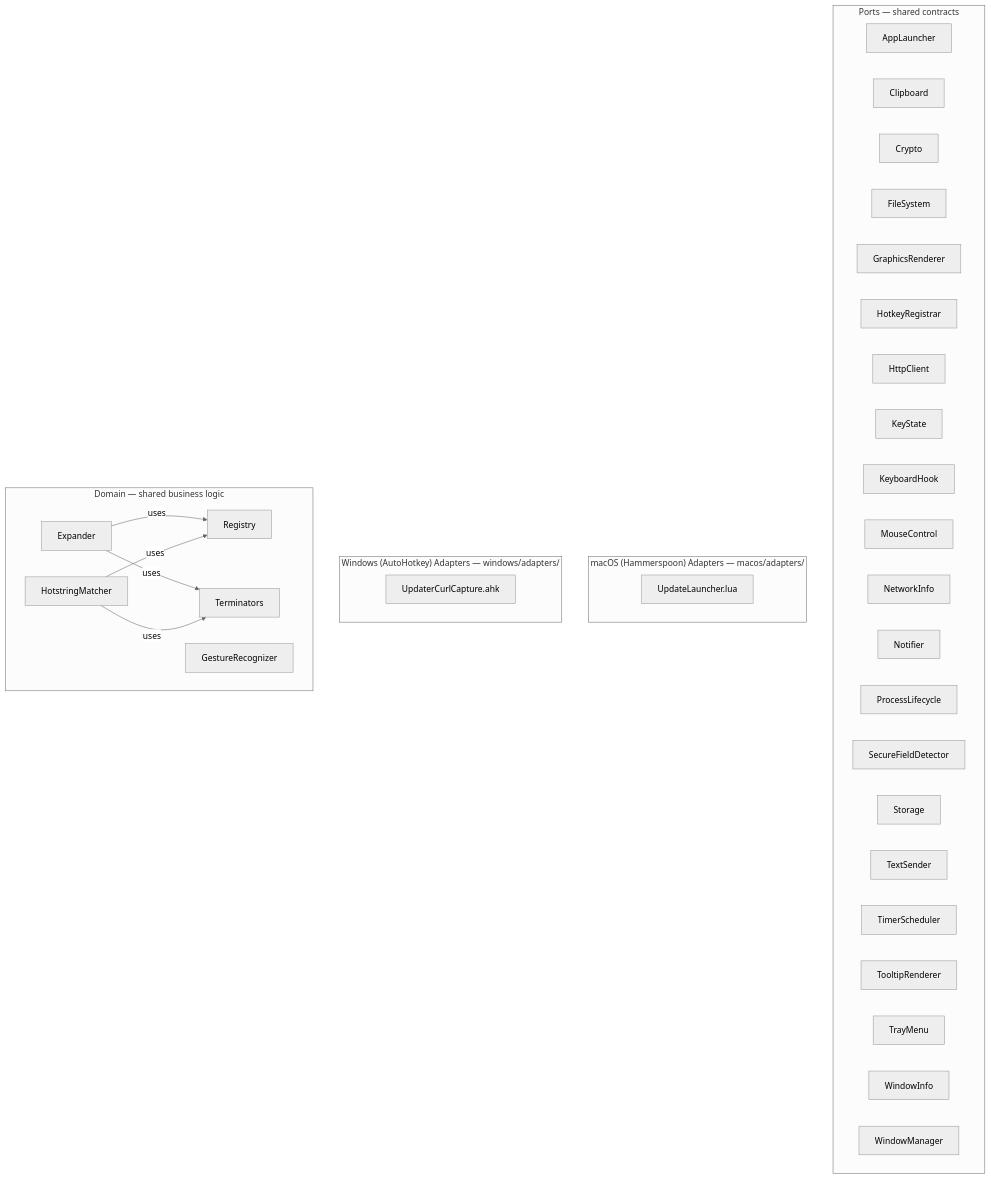
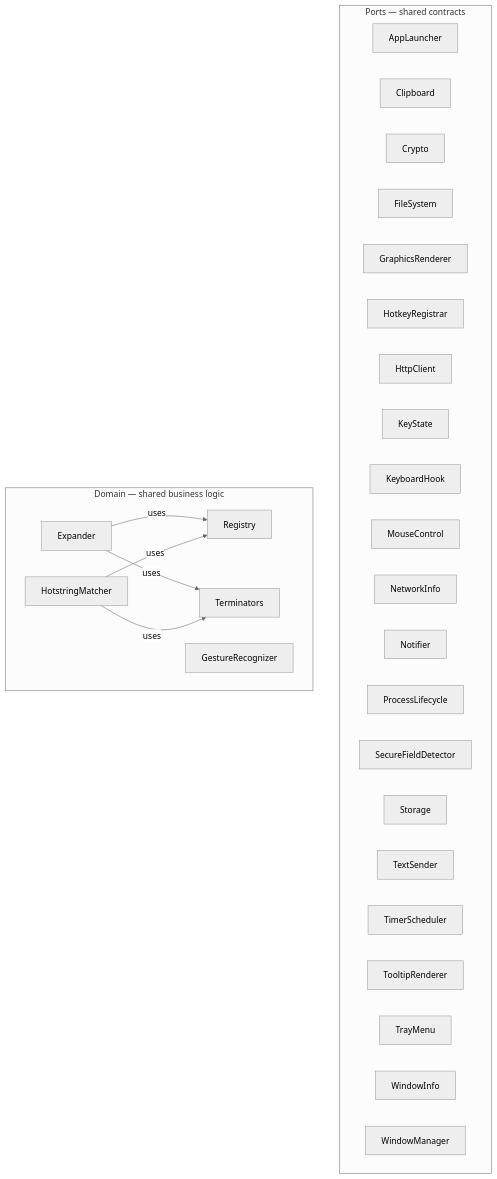
The diagram in static/ergopti_plus/docs/architecture.md (adrienm7/ergopti), drawn with Mermaid (neutral theme) before and after one commit. The commit also changed 803 other files, not shown here.

````diff
--- a/static/ergopti_plus/docs/architecture.md
+++ b/static/ergopti_plus/docs/architecture.md
@@ -11,53 +11,41 @@
 ```mermaid
 graph TD
 
     subgraph Ports["Ports — shared contracts"]
         P_AppLauncher["AppLauncher"]
         P_Clipboard["Clipboard"]
         P_Crypto["Crypto"]
         P_FileSystem["FileSystem"]
         P_GraphicsRenderer["GraphicsRenderer"]
         P_HotkeyRegistrar["HotkeyRegistrar"]
         P_HttpClient["HttpClient"]
         P_KeyState["KeyState"]
         P_KeyboardHook["KeyboardHook"]
         P_MouseControl["MouseControl"]
         P_NetworkInfo["NetworkInfo"]
         P_Notifier["Notifier"]
         P_ProcessLifecycle["ProcessLifecycle"]
         P_SecureFieldDetector["SecureFieldDetector"]
         P_Storage["Storage"]
         P_TextSender["TextSender"]
         P_TimerScheduler["TimerScheduler"]
         P_TooltipRenderer["TooltipRenderer"]
         P_TrayMenu["TrayMenu"]
         P_WindowInfo["WindowInfo"]
         P_WindowManager["WindowManager"]
     end
 
-    subgraph MACOS_Adapters["macOS (Hammerspoon) Adapters — macos/adapters/"]
-        MACOS_update_launcher["UpdateLauncher.lua"]
-    end
-
-    subgraph WINDOWS_Adapters["Windows (AutoHotkey) Adapters — windows/adapters/"]
-        WINDOWS_updater_curl_capture["UpdaterCurlCapture.ahk"]
-    end
-
     subgraph Domain["Domain — shared business logic"]
         D_Expander["Expander"]
         D_GestureRecognizer["GestureRecognizer"]
         D_HotstringMatcher["HotstringMatcher"]
         D_Registry["Registry"]
         D_Terminators["Terminators"]
     end
 
-    %% Port implementations: macOS (Hammerspoon)
-
-    %% Port implementations: Windows (AutoHotkey)
-
     %% Key domain relationships
     D_Expander -->|uses| D_Registry
     D_HotstringMatcher -->|uses| D_Registry
     D_Expander -->|uses| D_Terminators
     D_HotstringMatcher -->|uses| D_Terminators
 ```
````
